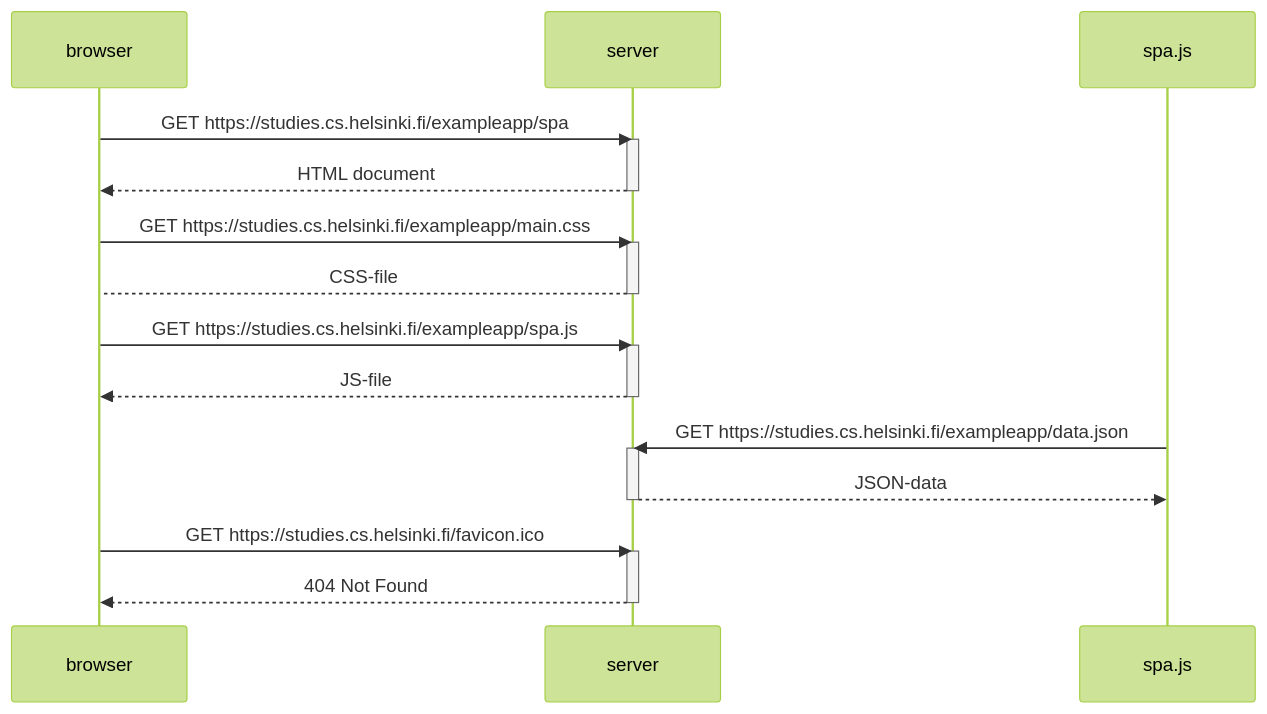
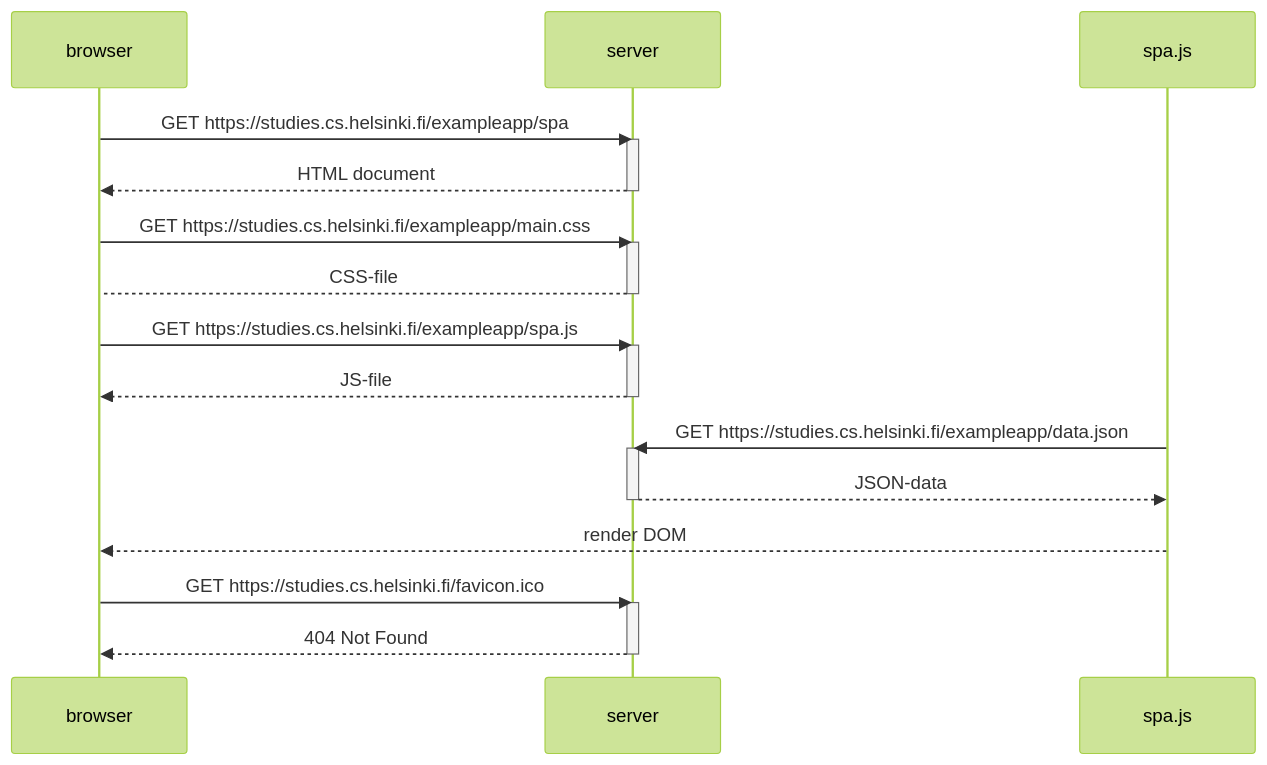
One commit to chronotriggered/fullstackopen changed the diagram in part0/0.5.md. Above: the diagram before and after it, drawn with Mermaid (forest theme). The commit also changed 24 other files, not shown here.

````diff
--- a/part0/0.5.md
+++ b/part0/0.5.md
@@ -3,31 +3,33 @@
 ```mermaid
 sequenceDiagram
 participant browser
 participant server
 participant spa.js
 
 browser->>server: GET https://studies.cs.helsinki.fi/exampleapp/spa
 activate server
 server-->>browser: HTML document
 deactivate server
 
 browser->>server: GET https://studies.cs.helsinki.fi/exampleapp/main.css
 activate server
 server-->browser: CSS-file
 deactivate server
 
 browser->>server: GET https://studies.cs.helsinki.fi/exampleapp/spa.js
 activate server
 server-->>browser: JS-file
 deactivate server
 
 spa.js->>server: GET https://studies.cs.helsinki.fi/exampleapp/data.json
 activate server
 server-->>spa.js: JSON-data
 deactivate server
 
+spa.js-->>browser: render DOM
+
 browser->>server: GET https://studies.cs.helsinki.fi/favicon.ico
 activate server
 server-->>browser: 404 Not Found
 deactivate server
 ```
````
